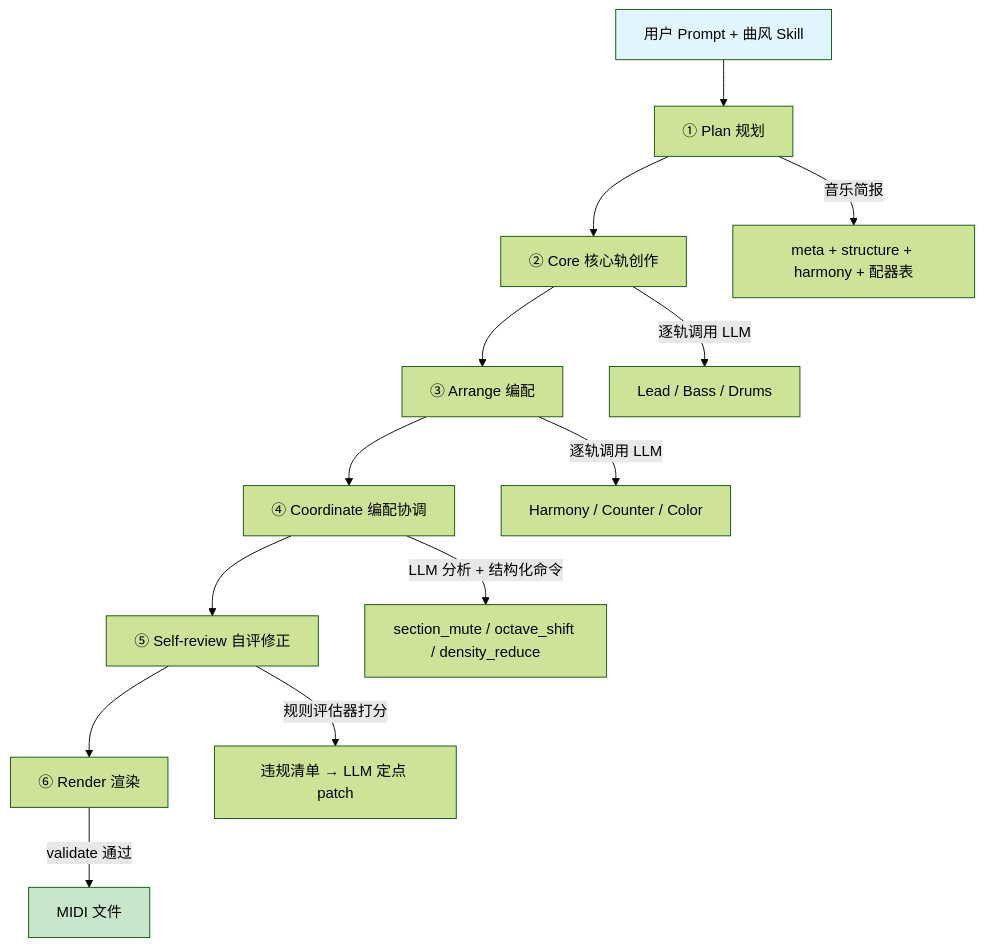
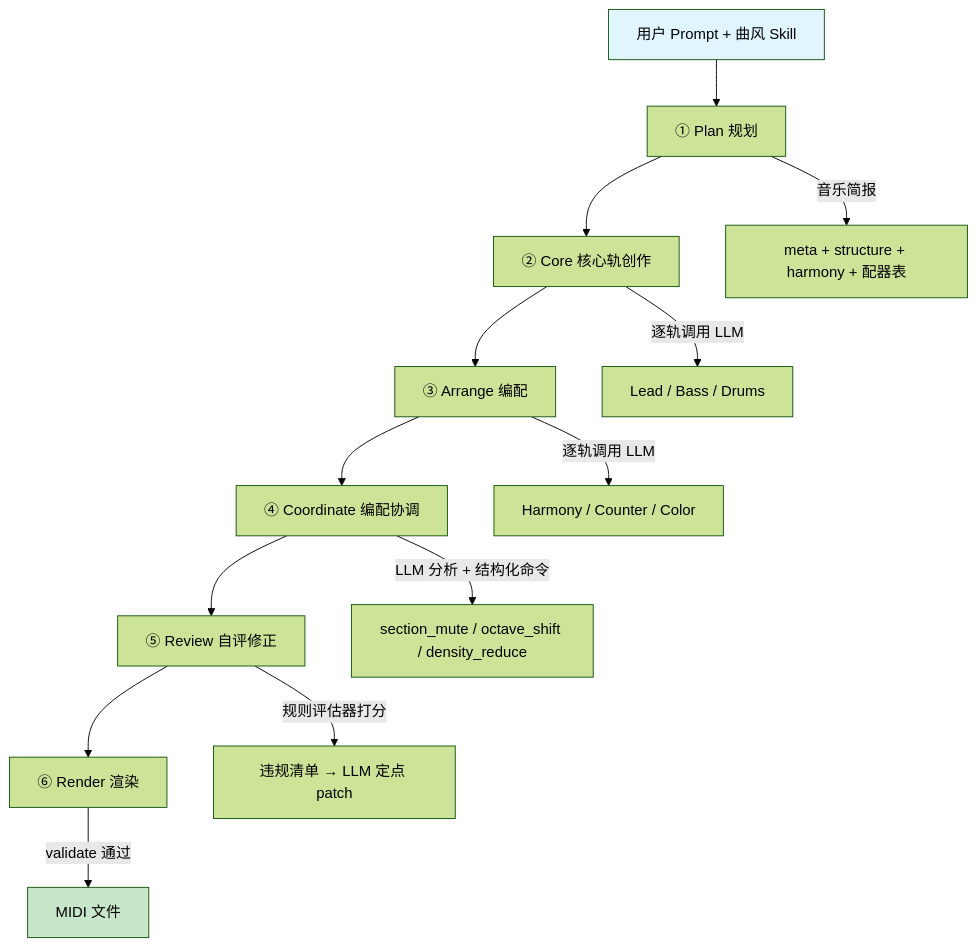
The diagram in README.md (YaoSiQian/MiiDi), drawn with Mermaid (forest theme) before and after one commit. The commit also changed other lines of this file and 12 other files, not shown here.

````diff
--- a/README.md
+++ b/README.md
@@ -97,19 +77,19 @@
 ```mermaid
 graph TD
     A[用户 Prompt + 曲风 Skill] --> B[① Plan 规划]
     B --> C[② Core 核心轨创作]
     C --> D[③ Arrange 编配]
     D --> E[④ Coordinate 编配协调]
-    E --> F[⑤ Self-review 自评修正]
+    E --> F[⑤ Review 自评修正]
     F --> G[⑥ Render 渲染]
 
     B -->|音乐简报| H[meta + structure + harmony + 配器表]
     C -->|逐轨调用 LLM| I[Lead / Bass / Drums]
     D -->|逐轨调用 LLM| J[Harmony / Counter / Color]
     E -->|LLM 分析 + 结构化命令| K[section_mute / octave_shift / density_reduce]
     F -->|规则评估器打分| L[违规清单 → LLM 定点 patch]
     G -->|validate 通过| M[MIDI 文件]
 
     style A fill:#e1f5fe
     style M fill:#c8e6c9
 ```
````
